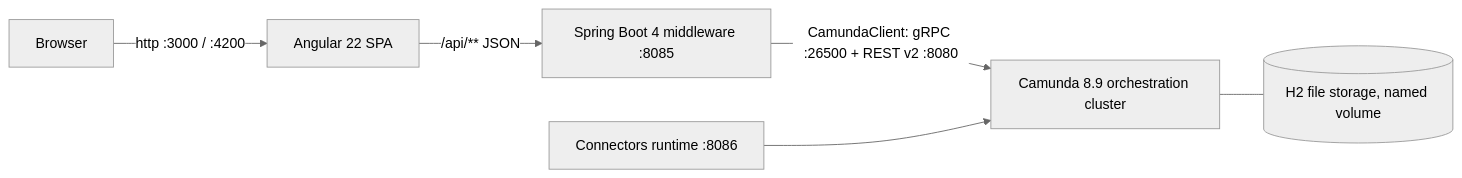
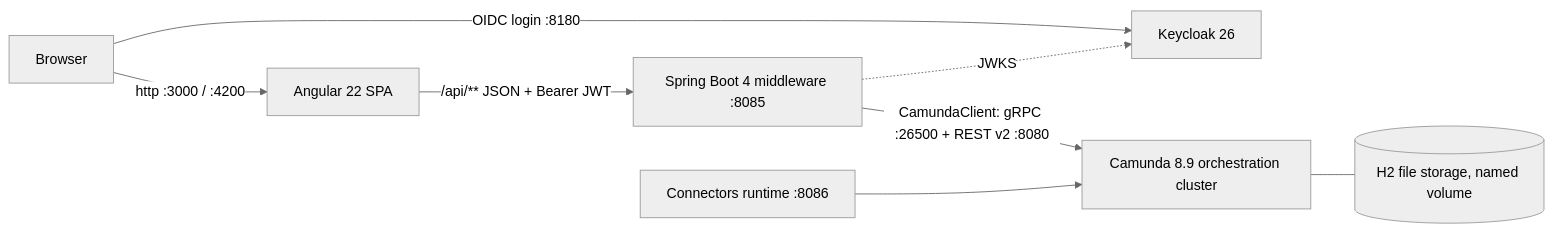
The diagram in docs/architecture.md (krixerx/camunda8-angular-poc), drawn with Mermaid (neutral theme) before and after one commit. The commit also changed other lines of this file and 31 other files, not shown here.

````diff
--- a/docs/architecture.md
+++ b/docs/architecture.md
@@ -7,8 +7,10 @@
 ```mermaid
 flowchart LR
     Browser -->|http :3000 / :4200| FE[Angular 22 SPA]
-    FE -->|/api/** JSON| BE[Spring Boot 4 middleware :8085]
+    Browser -->|OIDC login :8180| KC[Keycloak 26]
+    FE -->|/api/** JSON + Bearer JWT| BE[Spring Boot 4 middleware :8085]
+    BE -.->|JWKS| KC
     BE -->|CamundaClient: gRPC :26500 + REST v2 :8080| C8[Camunda 8.9 orchestration cluster]
     CONN[Connectors runtime :8086] --> C8
     C8 --- H2[(H2 file storage, named volume)]
 ```
````
